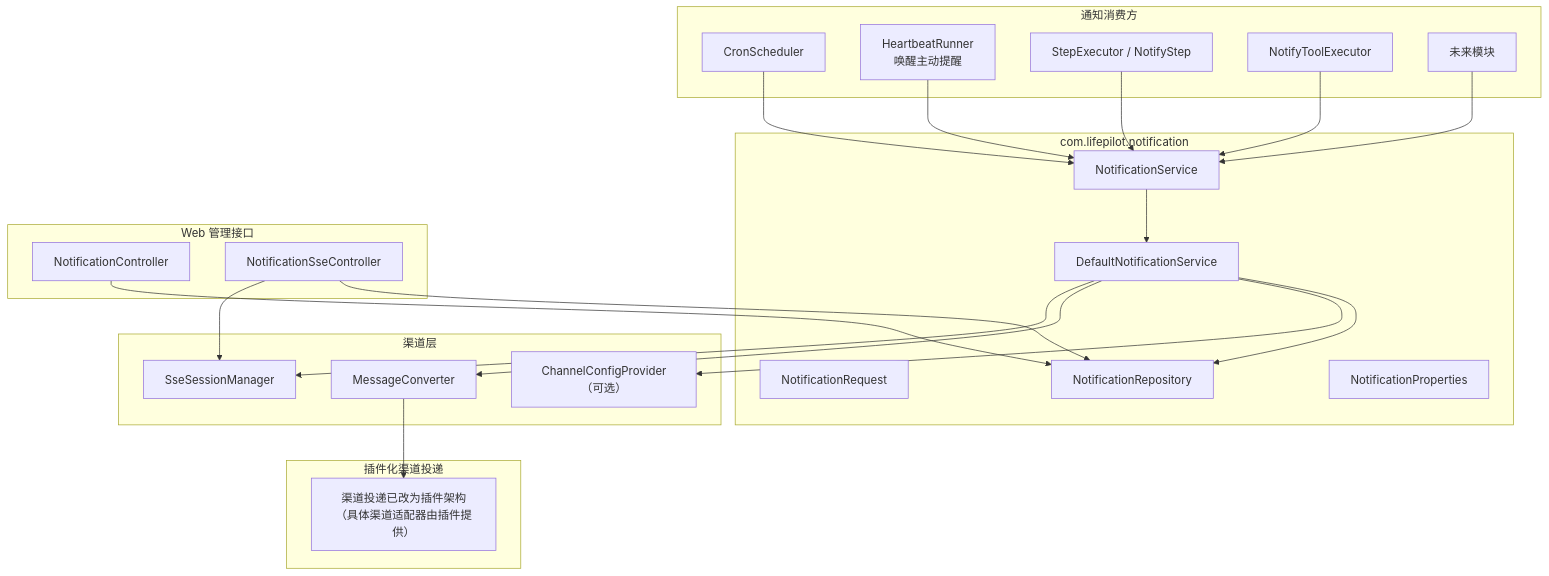
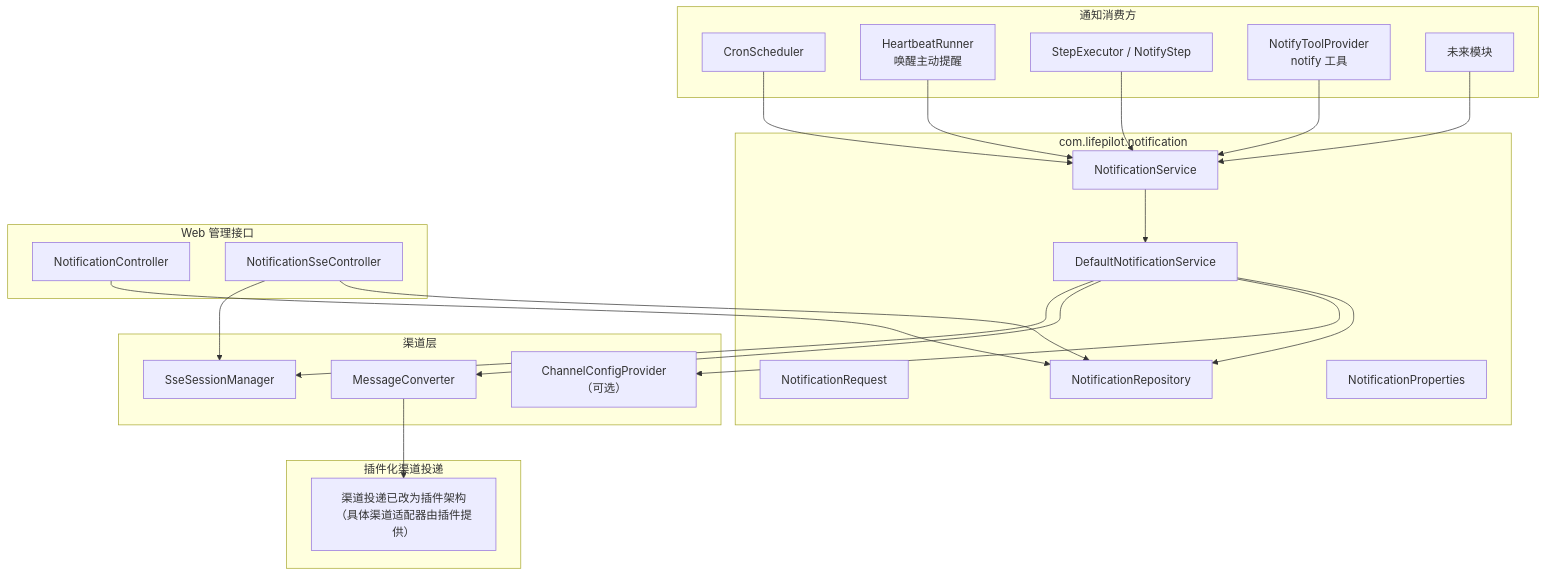
The first of 2 diagrams in docs/architecture/notification.md (ntygod/LifePilot), drawn with Mermaid before and after one commit. The commit also changed other lines of this file and 84 other files, not shown here.

First line of the commit message:
refactor(meta): 工具系统架构重构 — 拆除 interact/calculate，提取子 Provider，浏览器集中调度 (#71)

````diff
--- a/docs/architecture/notification.md
+++ b/docs/architecture/notification.md
@@ -23,49 +23,49 @@
 ```mermaid
 graph TB
     subgraph "通知消费方"
         CRON["CronScheduler"]
         HEARTBEAT["HeartbeatRunner<br/>唤醒主动提醒"]
         WF["StepExecutor / NotifyStep"]
-        META["NotifyToolExecutor"]
+        META["NotifyToolProvider<br/>notify 工具"]
         FUTURE["未来模块"]
     end
 
     subgraph "com.lifepilot.notification"
         NS["NotificationService"]
         IMPL["DefaultNotificationService"]
         NR["NotificationRequest"]
         REPO["NotificationRepository"]
         PROPS["NotificationProperties"]
     end
 
     subgraph "渠道层"
         CFG["ChannelConfigProvider（可选）"]
         MC["MessageConverter"]
         SSE["SseSessionManager"]
     end
 
     subgraph "插件化渠道投递"
         PLUGIN_NOTE["渠道投递已改为插件架构<br/>（具体渠道适配器由插件提供）"]
     end
 
     subgraph "Web 管理接口"
         NC["NotificationController"]
         NSC["NotificationSseController"]
     end
 
     CRON --> NS
     HEARTBEAT --> NS
     WF --> NS
     META --> NS
     FUTURE --> NS
 
     NS --> IMPL
     IMPL --> REPO
     IMPL --> CFG
     IMPL --> MC
     MC --> PLUGIN_NOTE
     IMPL --> SSE
     NC --> REPO
     NSC --> REPO
     NSC --> SSE
 ```
````
